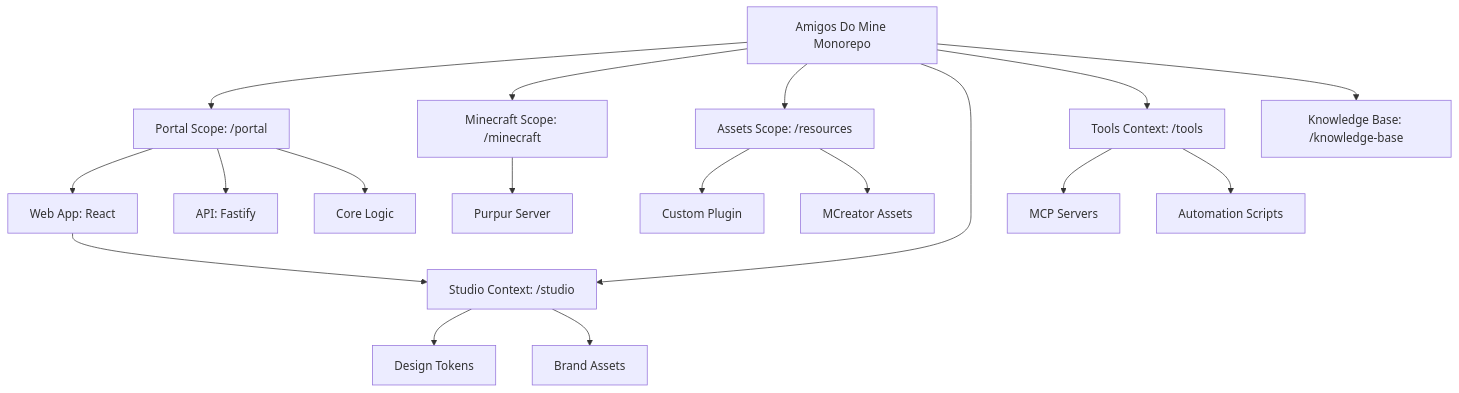
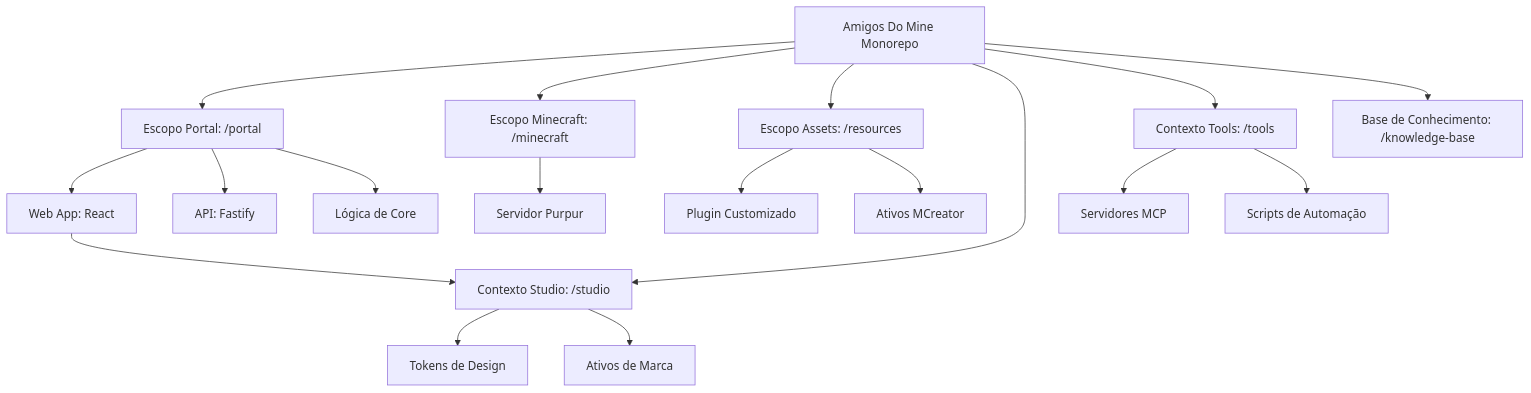
One commit to tupynambalucas/amigos-do-mine changed the diagram in knowledge-base/docs/intro.mdx. Above: the diagram before and after it, drawn with Mermaid. The commit also changed other lines of this file and 136 other files, not shown here.

First line of the commit message:
Add documentation for spell creation tips, variables, and project architecture

````diff
--- a/knowledge-base/docs/intro.mdx
+++ b/knowledge-base/docs/intro.mdx
@@ -13,26 +13,26 @@
 ```mermaid
 graph TD
     Root["Amigos Do Mine Monorepo"]
-    Root --> Portal["Portal Scope: /portal"]
-    Root --> Minecraft["Minecraft Scope: /minecraft"]
-    Root --> Resources["Assets Scope: /resources"]
-    Root --> Studio["Studio Context: /studio"]
-    Root --> Tools["Tools Context: /tools"]
-    Root --> Knowledge["Knowledge Base: /knowledge-base"]
+    Root --> Portal["Escopo Portal: /portal"]
+    Root --> Minecraft["Escopo Minecraft: /minecraft"]
+    Root --> Resources["Escopo Assets: /resources"]
+    Root --> Studio["Contexto Studio: /studio"]
+    Root --> Tools["Contexto Tools: /tools"]
+    Root --> Knowledge["Base de Conhecimento: /knowledge-base"]
 
     Portal --> P_Web["Web App: React"]
     Portal --> P_API["API: Fastify"]
-    Portal --> P_Core["Core Logic"]
+    Portal --> P_Core["Lógica de Core"]
 
-    Minecraft --> M_Server["Purpur Server"]
-    Resources --> R_Plugin["Custom Plugin"]
-    Resources --> R_Assets["MCreator Assets"]
+    Minecraft --> M_Server["Servidor Purpur"]
+    Resources --> R_Plugin["Plugin Customizado"]
+    Resources --> R_Assets["Ativos MCreator"]
 
-    Studio --> Tokens["Design Tokens"]
-    Studio --> Assets["Brand Assets"]
+    Studio --> Tokens["Tokens de Design"]
+    Studio --> Assets["Ativos de Marca"]
     
-    Tools --> MCP["MCP Servers"]
-    Tools --> Scripts["Automation Scripts"]
+    Tools --> MCP["Servidores MCP"]
+    Tools --> Scripts["Scripts de Automação"]
     
     P_Web --> Studio
 ```
````
